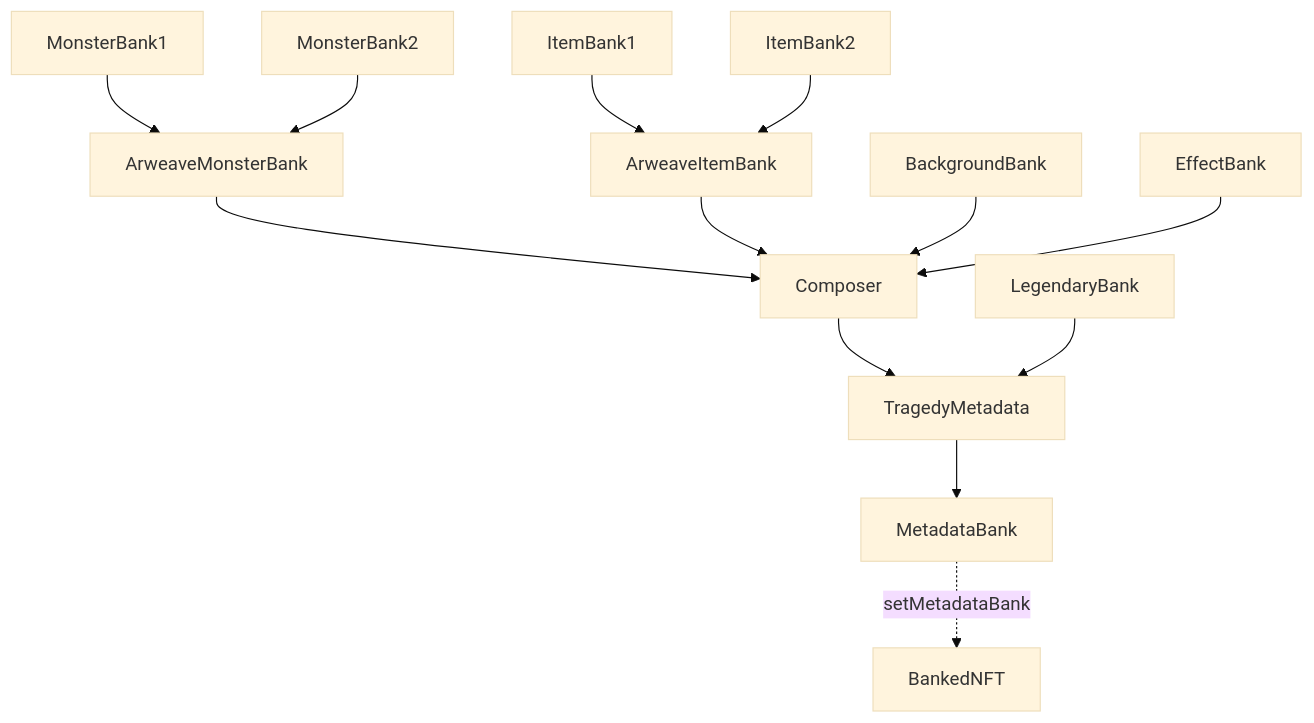
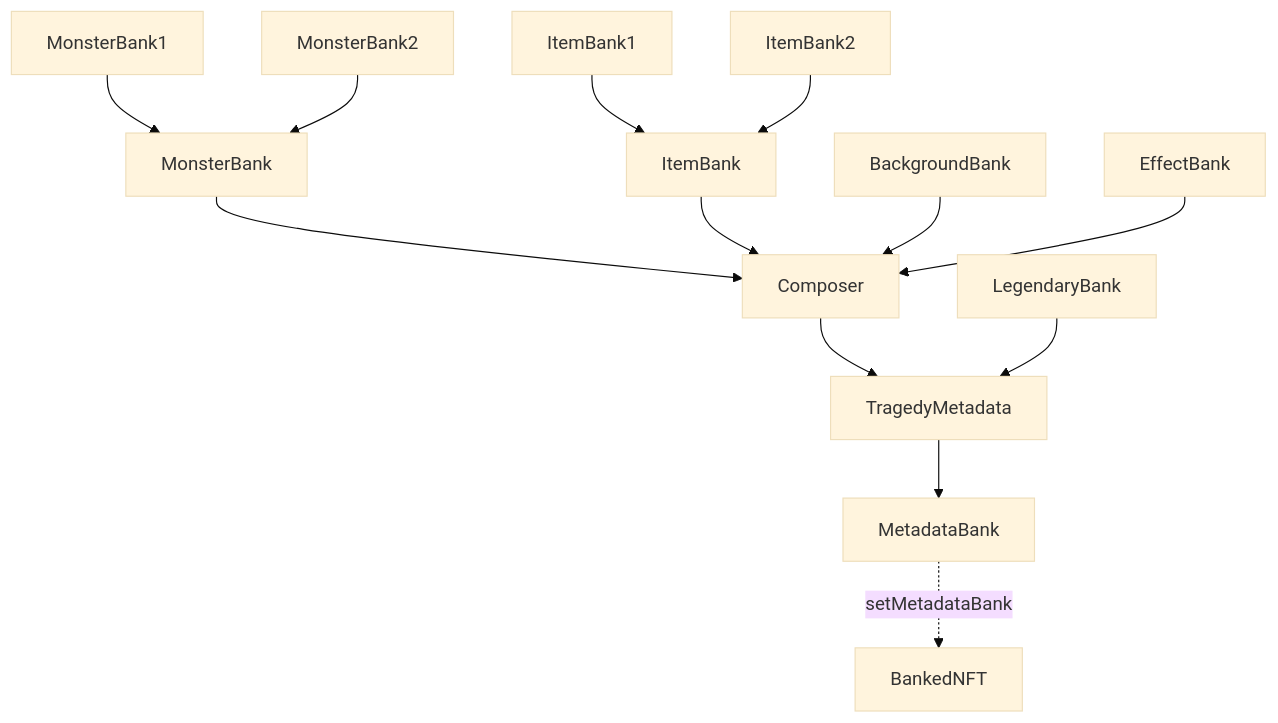
One commit to goodsun/myrmx changed the diagram in projects/tragedy/README.md. Above: the diagram before and after it, drawn with Mermaid (base theme). The commit also changed other lines of this file and 22 other files, not shown here.

````diff
--- a/projects/tragedy/README.md
+++ b/projects/tragedy/README.md
@@ -62,19 +62,19 @@
 ```mermaid
 graph TD
-    MonsterBank1 --> ArweaveMonsterBank
-    MonsterBank2 --> ArweaveMonsterBank
-    ItemBank1 --> ArweaveItemBank
-    ItemBank2 --> ArweaveItemBank
+    MonsterBank1 --> MonsterBank
+    MonsterBank2 --> MonsterBank
+    ItemBank1 --> ItemBank
+    ItemBank2 --> ItemBank
     
-    ArweaveMonsterBank --> Composer
-    ArweaveItemBank --> Composer
+    MonsterBank --> Composer
+    ItemBank --> Composer
     BackgroundBank --> Composer
     EffectBank --> Composer
     
     Composer --> TragedyMetadata
     LegendaryBank --> TragedyMetadata
     
     TragedyMetadata --> MetadataBank
     
     MetadataBank -.->|setMetadataBank| BankedNFT
 ```
````
